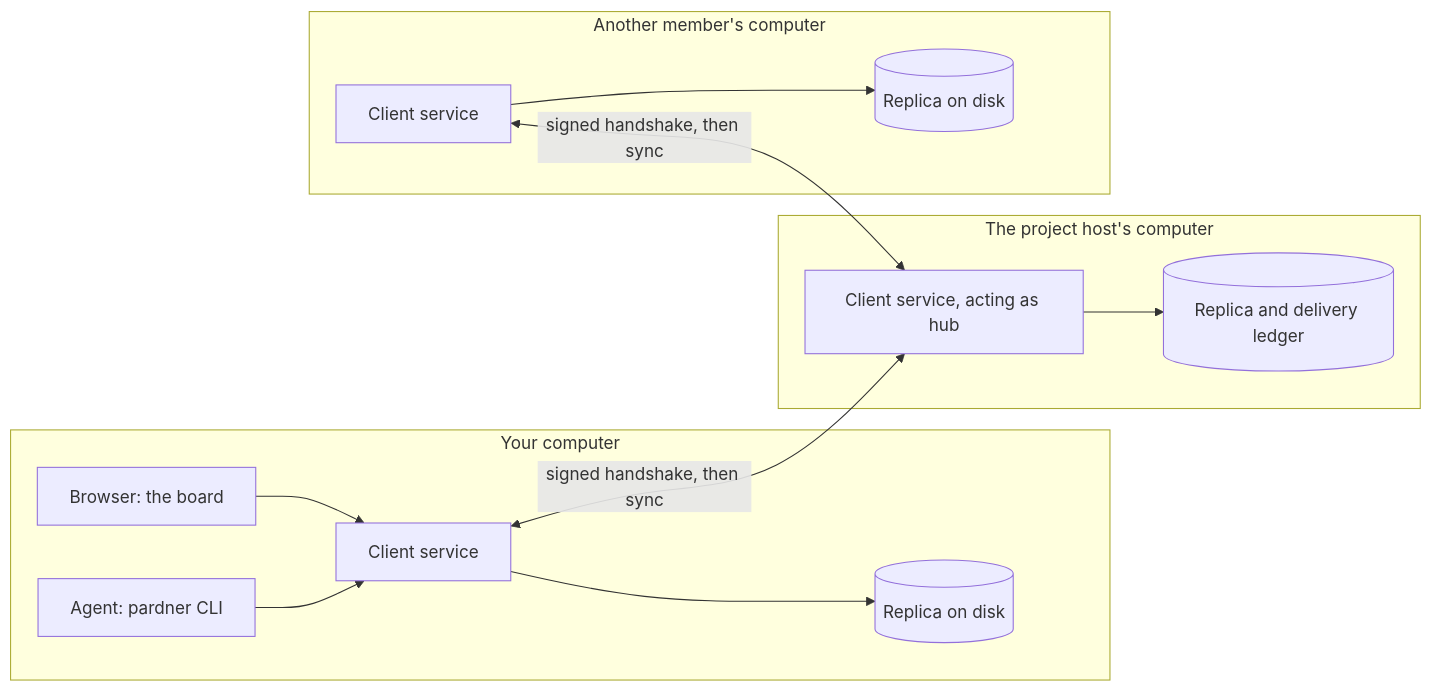
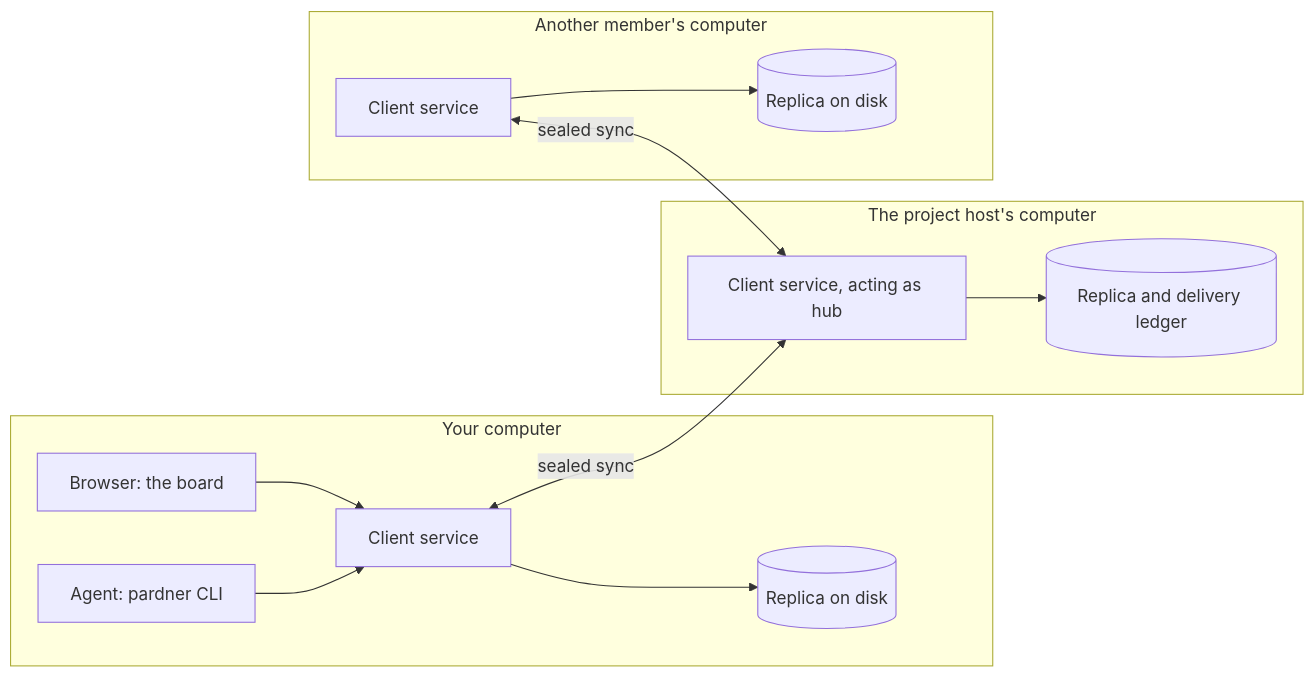
Before and after one commit to depatchedmode/pardner: the diagram in README.md, drawn with Mermaid. The commit also changed other lines of this file and 45 other files, not shown here.

First line of the commit message:
Bind hub sync to authenticated machine keys (#215) (#321)

````diff
--- a/README.md
+++ b/README.md
@@ -304,24 +304,24 @@
 ```mermaid
 flowchart LR
   subgraph mine["Your computer"]
     browser["Browser: the board"]
     agent["Agent: pardner CLI"]
     client["Client service"]
     replica[("Replica on disk")]
     browser --> client
     agent --> client
     client --> replica
   end
   subgraph host["The project host's computer"]
     hub["Client service, acting as hub"]
     hubdata[("Replica and delivery ledger")]
     hub --> hubdata
   end
   subgraph theirs["Another member's computer"]
     client2["Client service"]
     replica2[("Replica on disk")]
     client2 --> replica2
   end
-  client <-->|"signed handshake, then sync"| hub
-  client2 <-->|"signed handshake, then sync"| hub
+  client <-->|"sealed sync"| hub
+  client2 <-->|"sealed sync"| hub
 ```
````
